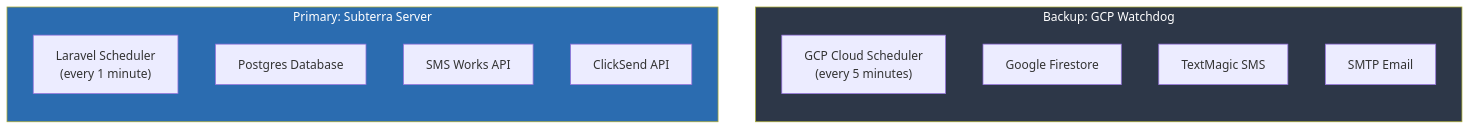
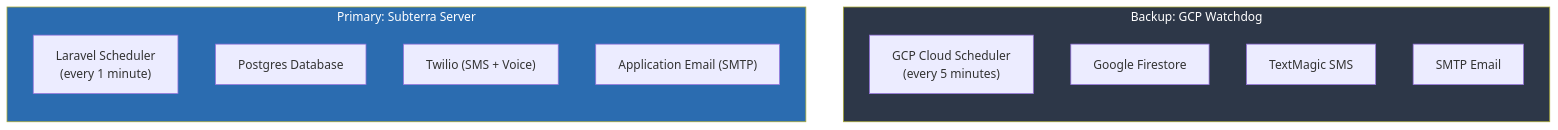
One commit to paperclipmonkey/subterra changed the sixth of 8 diagrams in docs/callout-system.md. Above: the diagram before and after it, drawn with Mermaid. The commit also changed other lines of this file and 62 other files, not shown here.

````diff
--- a/docs/callout-system.md
+++ b/docs/callout-system.md
@@ -225,23 +237,23 @@
 ```mermaid
 flowchart LR
     subgraph Primary["Primary: Subterra Server"]
         direction TB
         P1["Laravel Scheduler<br/>(every 1 minute)"]
         P2["Postgres Database"]
-        P3["SMS Works API"]
-        P4["ClickSend API"]
+        P3["Twilio (SMS + Voice)"]
+        P4["Application Email (SMTP)"]
     end
 
     subgraph Backup["Backup: GCP Watchdog"]
         direction TB
         B1["GCP Cloud Scheduler<br/>(every 5 minutes)"]
         B2["Google Firestore"]
         B3["TextMagic SMS"]
         B4["SMTP Email"]
     end
 
     Primary ~~~ Backup
 
     style Primary fill:#2b6cb0,color:#fff
     style Backup fill:#2d3748,color:#fff
 ```
````
